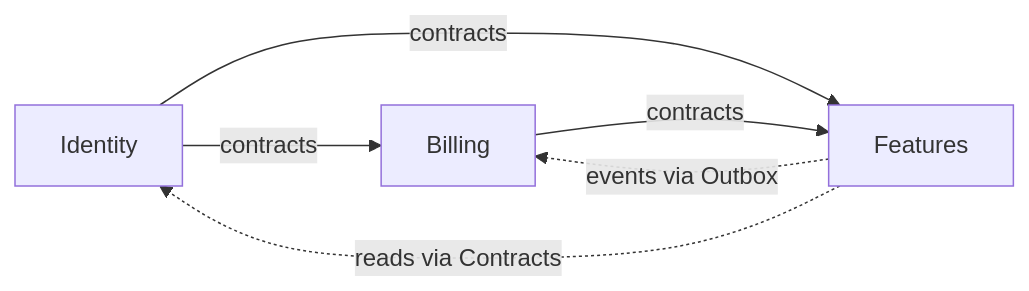
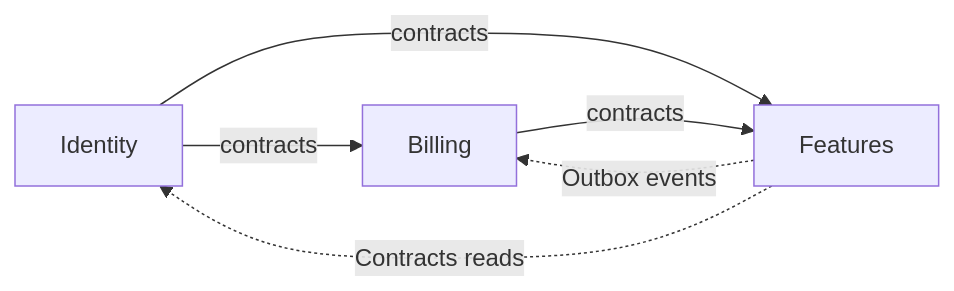
The first of 2 diagrams in README.md (jcampos90/dotnet-modulith-saas-template), drawn with Mermaid before and after one commit. The commit also changed other lines of this file, not shown here.

Commit message:
Fix diagram syntax and improve clarity in README.md

````diff
--- a/README.md
+++ b/README.md
@@ -11,8 +11,8 @@
 ```mermaid
 graph LR
     Identity[Identity] -->|contracts| Billing
     Identity -->|contracts| Features
     Billing -->|contracts| Features
-    Features -.->|events via Outbox| Billing
-    Features -.->|reads via Contracts| Identity
+    Features -. Outbox events .-> Billing
+    Features -. Contracts reads .-> Identity
 ```
````
